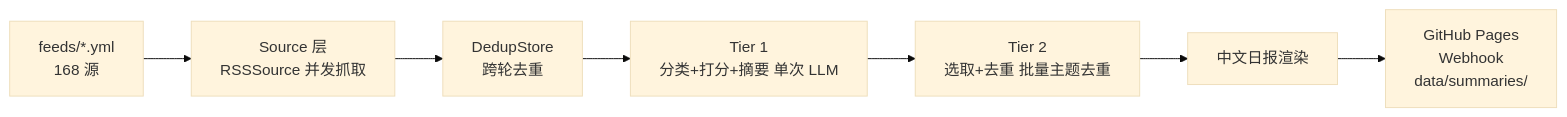
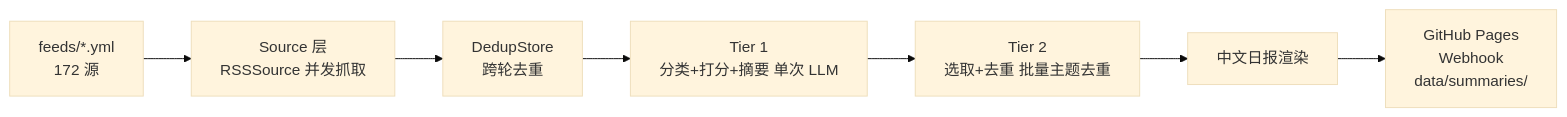
The diagram in README.md (int2t05/rss-reader), drawn with Mermaid (base theme) before and after one commit. The commit also changed other lines of this file and 37 other files, not shown here.

````diff
--- a/README.md
+++ b/README.md
@@ -43,9 +42,9 @@
 ```mermaid
 flowchart LR
-    FEEDS[feeds/*.yml<br/>168 源] --> SRC[Source 层<br/>RSSSource 并发抓取]
+    FEEDS[feeds/*.yml<br/>172 源] --> SRC[Source 层<br/>RSSSource 并发抓取]
     SRC --> DEDUP[DedupStore<br/>跨轮去重]
     DEDUP --> T1[Tier 1<br/>分类+打分+摘要 单次 LLM]
     T1 --> T2[Tier 2<br/>选取+去重 批量主题去重]
     T2 --> RND[中文日报渲染]
     RND --> OUT[GitHub Pages<br/>Webhook<br/>data/summaries/]
 ```
````
